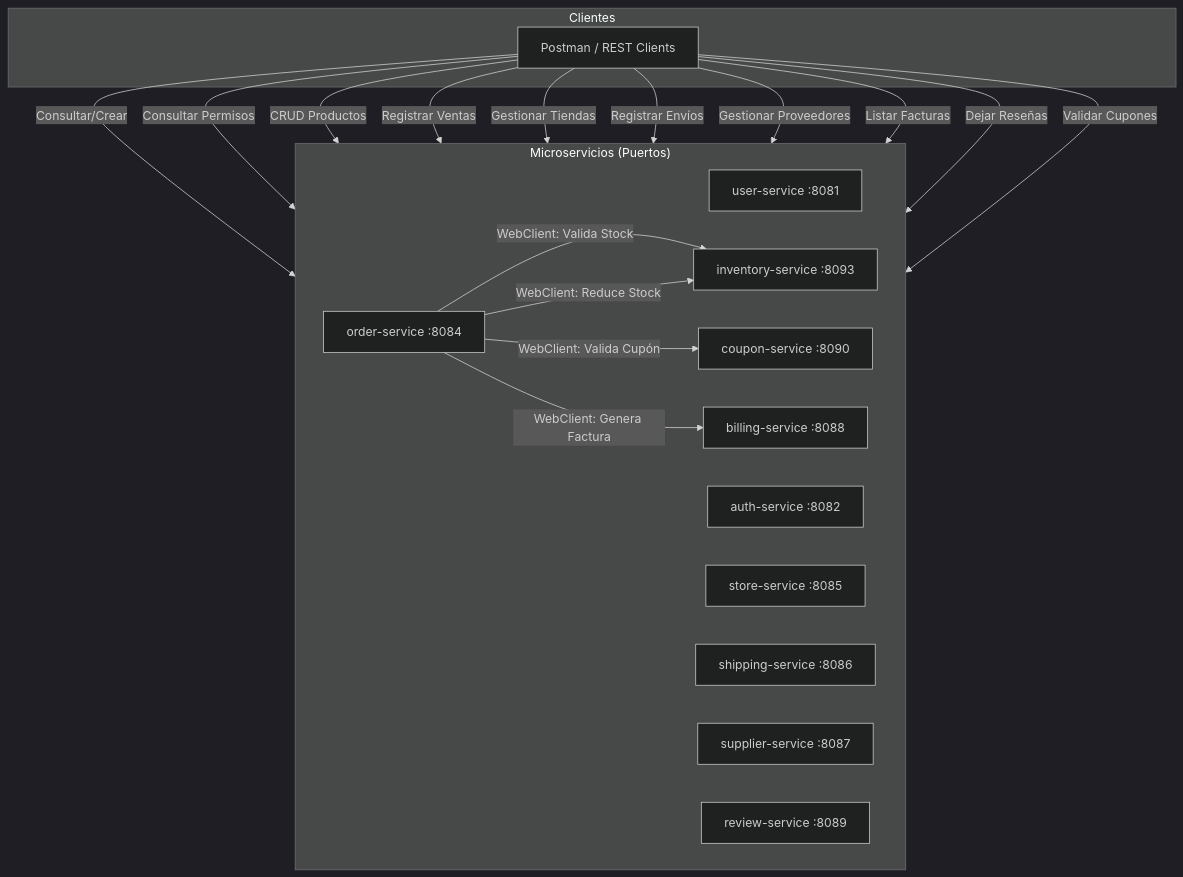
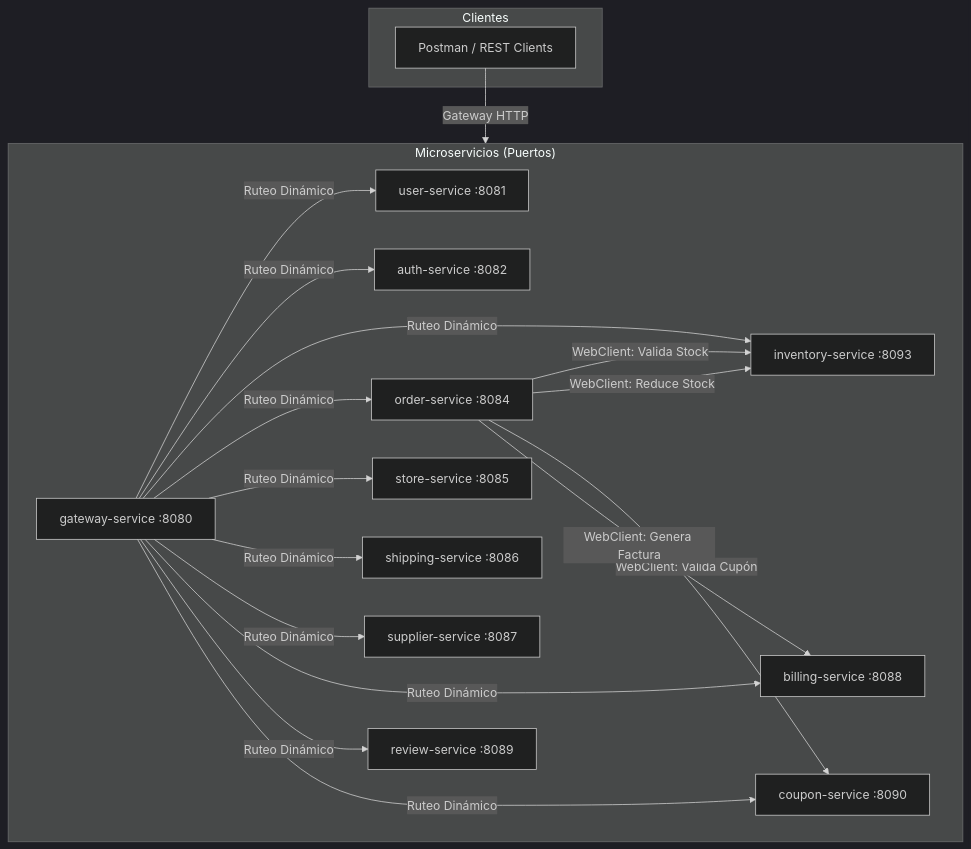
The diagram in README.md (Lukkyuu/fullstack1-ecomarket), drawn with Mermaid (dark theme) before and after one commit. The commit also changed other lines of this file and 8 other files, not shown here.

````diff
--- a/README.md
+++ b/README.md
@@ -16,36 +16,38 @@
 ```mermaid
 graph TD
     subgraph "Clientes"
         Postman[Postman / REST Clients]
     end
 
     subgraph "Microservicios (Puertos)"
         direction LR
+        ApiGateway[gateway-service :8080]
         UserService[user-service :8081]
         AuthService[auth-service :8082]
         InventoryService[inventory-service :8093]
         OrderService[order-service :8084]
         StoreService[store-service :8085]
         ShippingService[shipping-service :8086]
         SupplierService[supplier-service :8087]
         BillingService[billing-service :8088]
         ReviewService[review-service :8089]
         CouponService[coupon-service :8090]
     end
 
-    Postman -->|Consultar/Crear| UserService
-    Postman -->|Consultar Permisos| AuthService
-    Postman -->|CRUD Productos| InventoryService
-    Postman -->|Registrar Ventas| OrderService
-    Postman -->|Gestionar Tiendas| StoreService
-    Postman -->|Registrar Envíos| ShippingService
-    Postman -->|Gestionar Proveedores| SupplierService
-    Postman -->|Listar Facturas| BillingService
-    Postman -->|Dejar Reseñas| ReviewService
-    Postman -->|Validar Cupones| CouponService
+    Postman -->|Gateway HTTP| ApiGateway
+    ApiGateway -->|Ruteo Dinámico| UserService
+    ApiGateway -->|Ruteo Dinámico| AuthService
+    ApiGateway -->|Ruteo Dinámico| InventoryService
+    ApiGateway -->|Ruteo Dinámico| OrderService
+    ApiGateway -->|Ruteo Dinámico| StoreService
+    ApiGateway -->|Ruteo Dinámico| ShippingService
+    ApiGateway -->|Ruteo Dinámico| SupplierService
+    ApiGateway -->|Ruteo Dinámico| BillingService
+    ApiGateway -->|Ruteo Dinámico| ReviewService
+    ApiGateway -->|Ruteo Dinámico| CouponService
 
     OrderService -->|WebClient: Valida Stock| InventoryService
     OrderService -->|WebClient: Reduce Stock| InventoryService
     OrderService -->|WebClient: Valida Cupón| CouponService
     OrderService -->|WebClient: Genera Factura| BillingService
 ```
````
